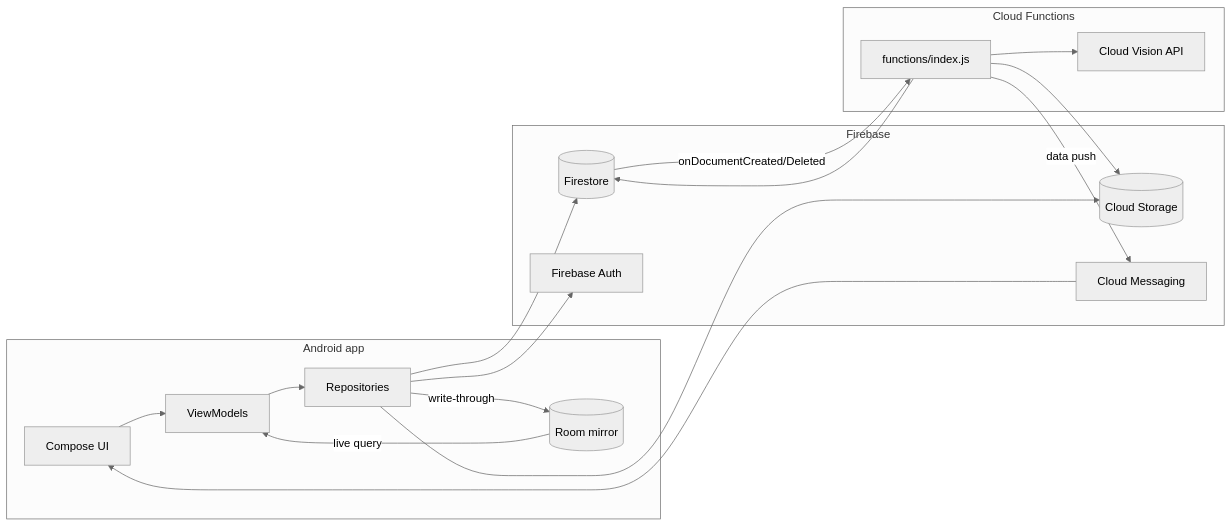
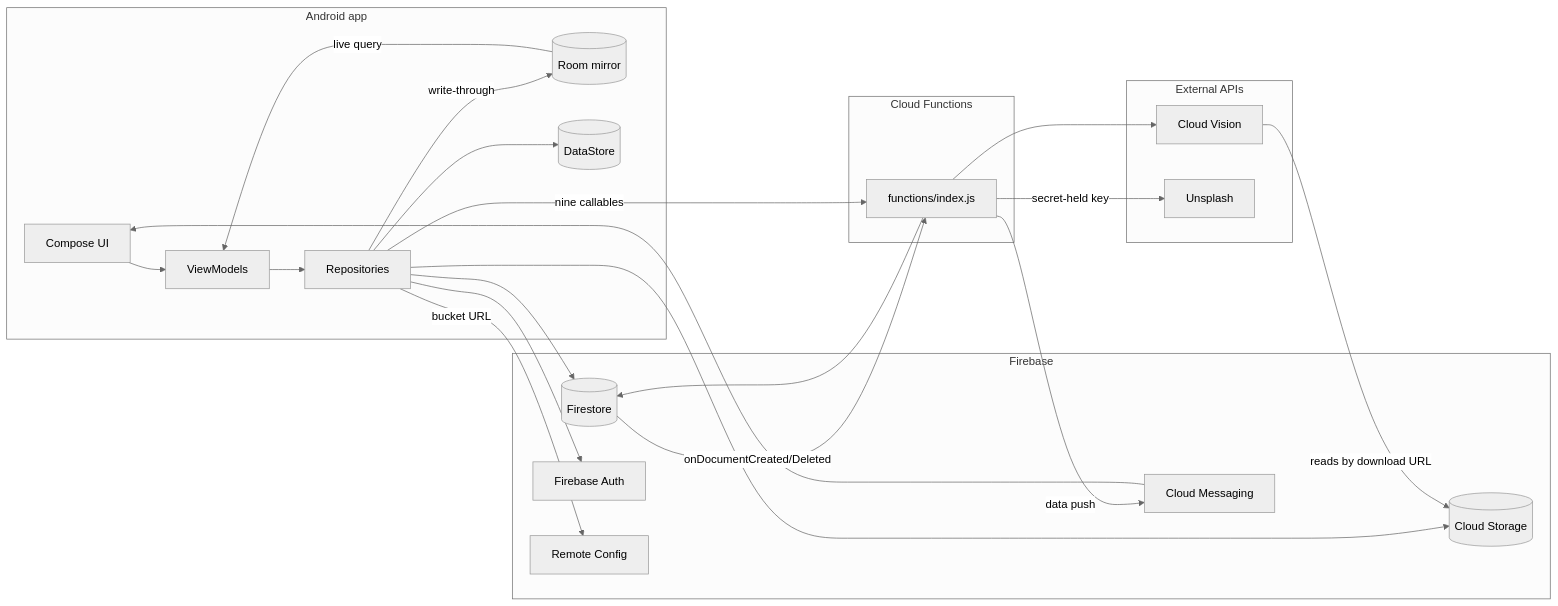
One commit to jiahan8/SmartPhotos changed the diagram in ARCHITECTURE.md. Above: the diagram before and after it, drawn with Mermaid (neutral theme). The commit also changed other lines of this file and 1 other file, not shown here.

First line of the commit message:
Correct ARCHITECTURE.md where it had drifted from the code

````diff
--- a/ARCHITECTURE.md
+++ b/ARCHITECTURE.md
@@ -22,31 +22,40 @@
 ```mermaid
 flowchart LR
     subgraph Android app
         UI[Compose UI]
         VM[ViewModels]
         Repo[Repositories]
         Room[(Room mirror)]
+        DS[(DataStore)]
     end
     subgraph Firebase
         FS[(Firestore)]
         Storage[(Cloud Storage)]
         Auth[Firebase Auth]
+        RC[Remote Config]
         FCM[Cloud Messaging]
     end
     subgraph Cloud Functions
         CF[functions/index.js]
-        Vision[Cloud Vision API]
+    end
+    subgraph External APIs
+        Vision[Cloud Vision]
+        Unsplash[Unsplash]
     end
 
     UI --> VM --> Repo
     Repo -- write-through --> Room
     Room -- live query --> VM
+    Repo --> DS
     Repo --> FS
     Repo --> Storage
     Repo --> Auth
+    Repo -- bucket URL --> RC
+    Repo -- nine callables --> CF
     FS -- onDocumentCreated/Deleted --> CF
     CF --> Vision
+    Vision -- reads by download URL --> Storage
+    CF -- secret-held key --> Unsplash
     CF --> FS
-    CF --> Storage
     CF -- data push --> FCM --> UI
 ```
````
